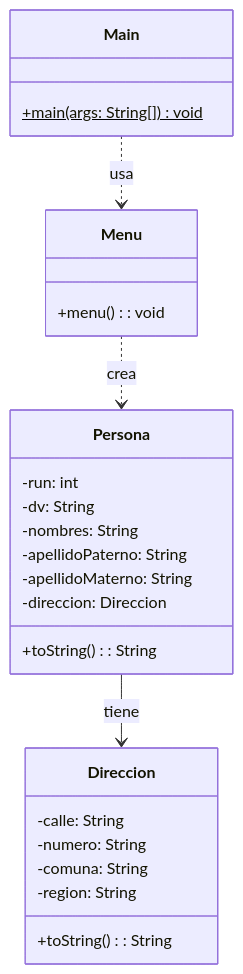
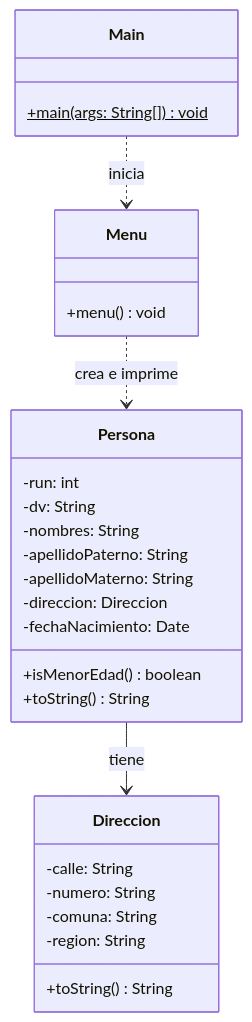
One commit to elprofecarreno/poo-fundaments changed the second of 3 diagrams in 07/README.md. Above: the diagram before and after it, drawn with Mermaid. The commit also changed other lines of this file and 15 other files, not shown here.

````diff
--- a/07/README.md
+++ b/07/README.md
@@ -11,32 +65,34 @@
 ```mermaid
 classDiagram
     class Main {
         +main(args: String[])$ void
     }
 
     class Menu {
-        +menu(): void
+        +menu() void
     }
 
     class Persona {
         -run: int
         -dv: String
         -nombres: String
         -apellidoPaterno: String
         -apellidoMaterno: String
         -direccion: Direccion
-        +toString(): String
+        -fechaNacimiento: Date
+        +isMenorEdad() boolean
+        +toString() String
     }
 
     class Direccion {
         -calle: String
         -numero: String
         -comuna: String
         -region: String
-        +toString(): String
+        +toString() String
     }
 
-    Main ..> Menu : usa
-    Menu ..> Persona : crea
+    Main ..> Menu : inicia
+    Menu ..> Persona : crea e imprime
     Persona --> Direccion : tiene
 ```
````
